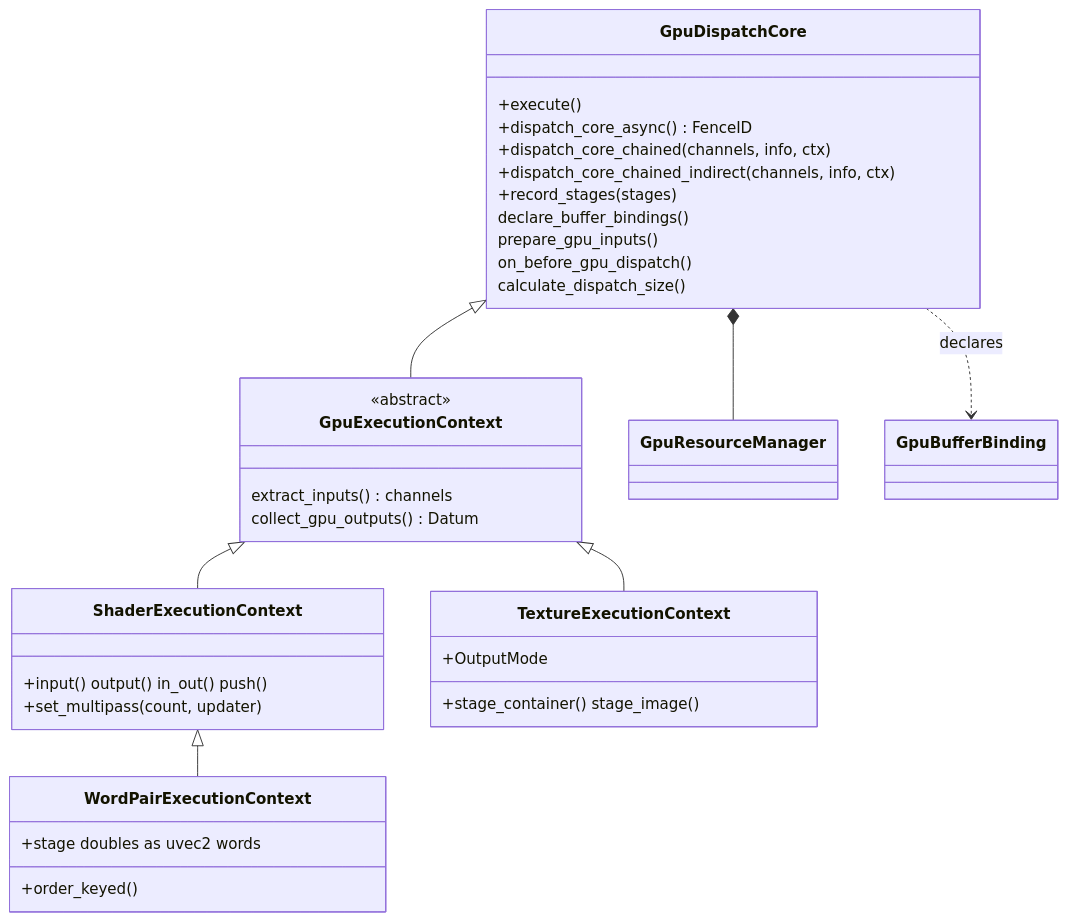
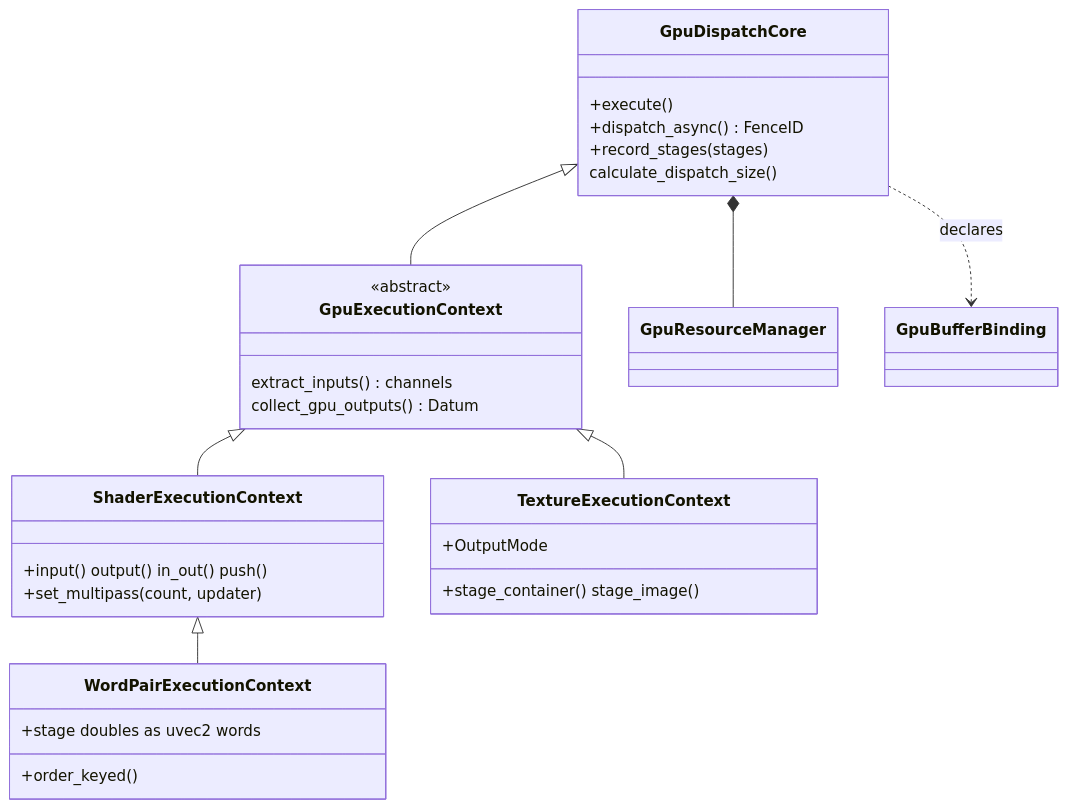
Before and after one commit to MayaFlux/MayaFlux: the third of 16 diagrams in docs/GPGPU-Guide.md, drawn with Mermaid. The commit also changed other lines of this file and 2 other files, not shown here.

First line of the commit message:
docs: bring the GPU and compute guides up to the speech and model operations

````diff
--- a/docs/GPGPU-Guide.md
+++ b/docs/GPGPU-Guide.md
@@ -254,37 +239,32 @@
 ```mermaid
 classDiagram
     class GpuDispatchCore {
         +execute()
-        +dispatch_core_async() FenceID
-        +dispatch_core_chained(channels, info, ctx)
-        +dispatch_core_chained_indirect(channels, info, ctx)
+        +dispatch_async() FenceID
         +record_stages(stages)
-        declare_buffer_bindings()
-        prepare_gpu_inputs()
-        on_before_gpu_dispatch()
         calculate_dispatch_size()
     }
     class GpuExecutionContext {
         <<abstract>>
         extract_inputs() channels
         collect_gpu_outputs() Datum
     }
     class ShaderExecutionContext {
         +input() output() in_out() push()
         +set_multipass(count, updater)
     }
     class TextureExecutionContext {
         +stage_container() stage_image()
         +OutputMode
     }
     class WordPairExecutionContext {
         +stage doubles as uvec2 words
         +order_keyed()
     }
     GpuDispatchCore <|-- GpuExecutionContext
     GpuExecutionContext <|-- ShaderExecutionContext
     GpuExecutionContext <|-- TextureExecutionContext
     ShaderExecutionContext <|-- WordPairExecutionContext
     GpuDispatchCore *-- GpuResourceManager
     GpuDispatchCore ..> GpuBufferBinding : declares
 ```
````
